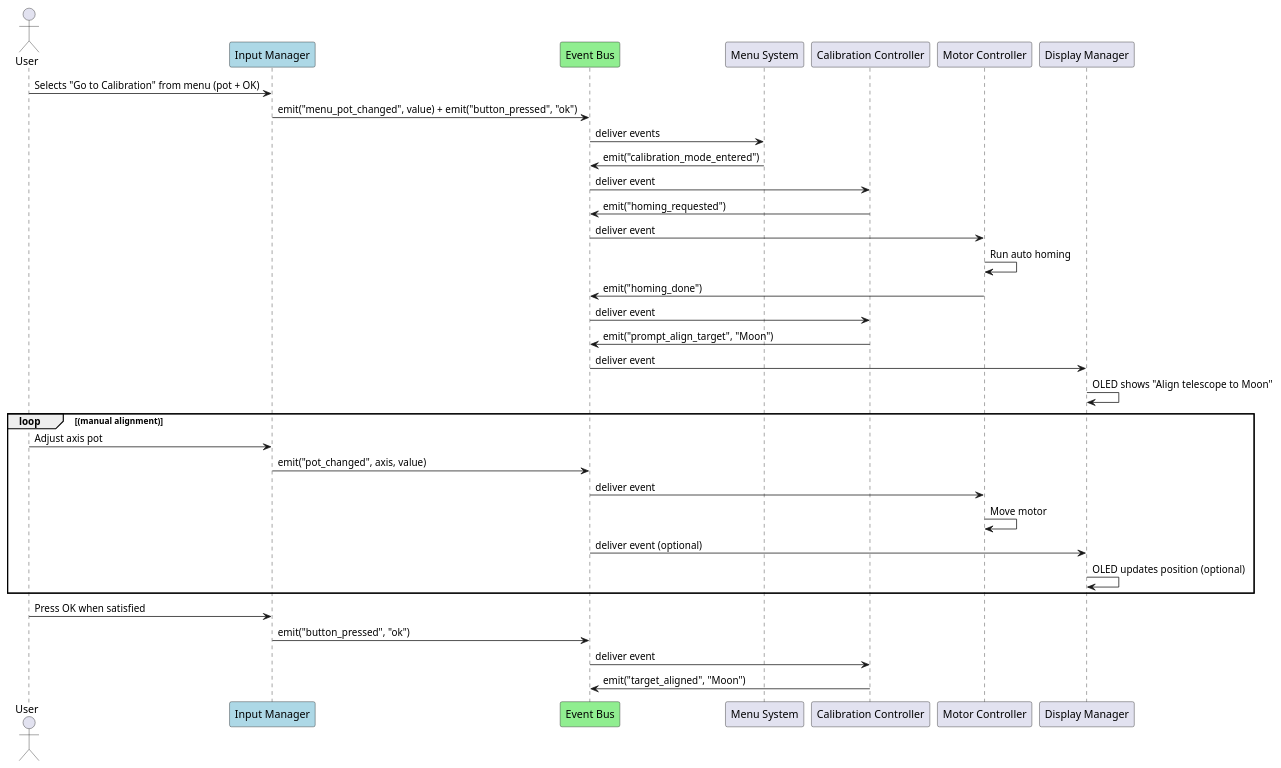
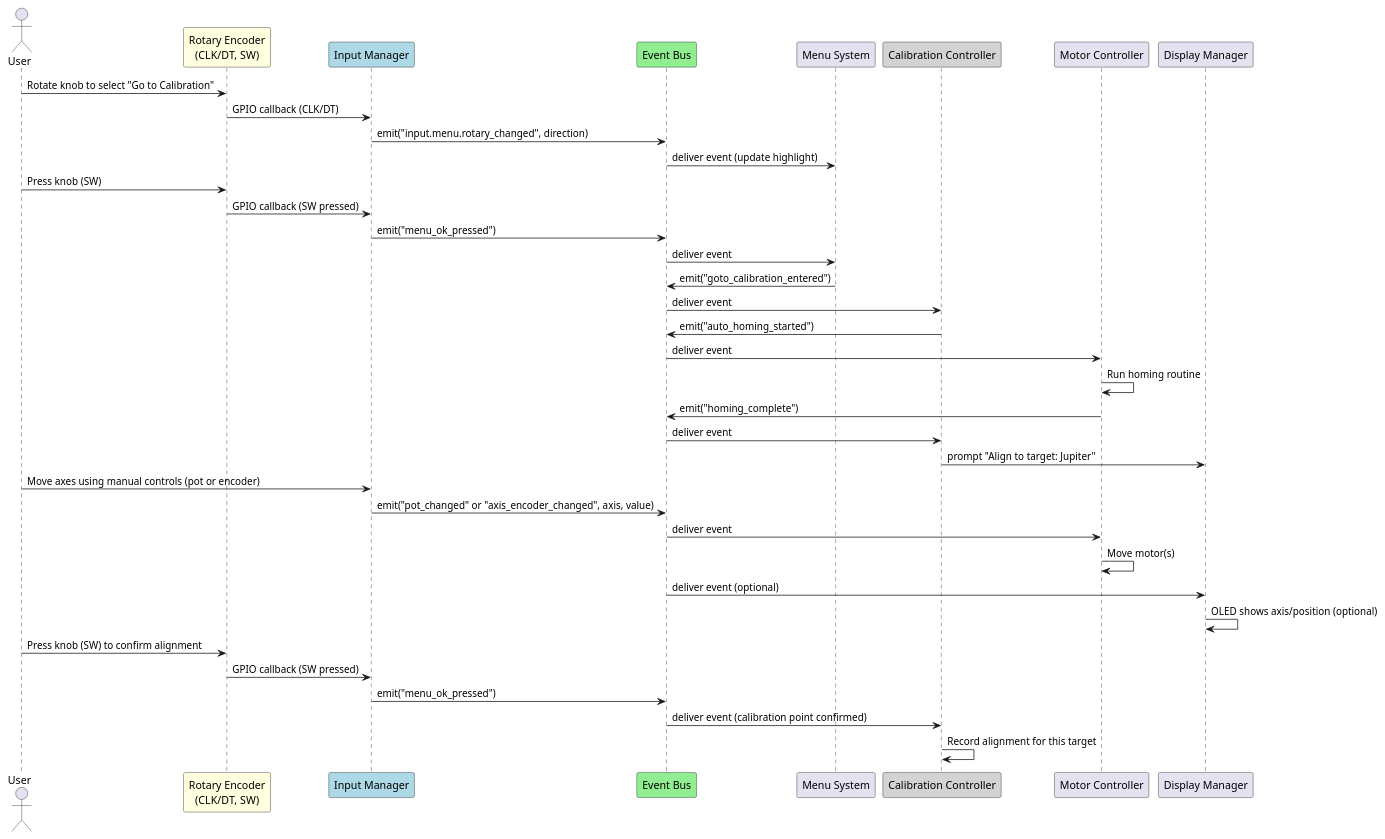
One commit to apku04/optiscopePrime changed the diagram in doc/manualAlignmentDuringCalibration.puml. Above: the diagram before and after it, drawn with PlantUML. The commit also changed 11 other files, not shown here.

```diff
--- a/doc/manualAlignmentDuringCalibration.puml
+++ b/doc/manualAlignmentDuringCalibration.puml
@@ -1,41 +1,46 @@
 @startuml
 actor User
+participant "Rotary Encoder\n(CLK/DT, SW)" as Encoder #LightYellow
 participant "Input Manager" as IM #LightBlue
 participant "Event Bus" as EB #LightGreen
 participant "Menu System" as Menu
-participant "Calibration Controller" as Cal
+participant "Calibration Controller" as Cal #LightGray
 participant "Motor Controller" as MC
 participant "Display Manager" as DM
 
-User -> IM: Selects "Go to Calibration" from menu (pot + OK)
-IM -> EB: emit("menu_pot_changed", value) + emit("button_pressed", "ok")
-EB -> Menu: deliver events
-Menu -> EB: emit("calibration_mode_entered")
+User -> Encoder: Rotate knob to select "Go to Calibration"
+Encoder -> IM: GPIO callback (CLK/DT)
+IM -> EB: emit("input.menu.rotary_changed", direction)
+EB -> Menu: deliver event (update highlight)
+
+User -> Encoder: Press knob (SW)
+Encoder -> IM: GPIO callback (SW pressed)
+IM -> EB: emit("menu_ok_pressed")
+EB -> Menu: deliver event
+Menu -> EB: emit("goto_calibration_entered")
 EB -> Cal: deliver event
 
-Cal -> EB: emit("homing_requested")
+Cal -> EB: emit("auto_homing_started")
 EB -> MC: deliver event
-MC -> MC: Run auto homing
-MC -> EB: emit("homing_done")
+MC -> MC: Run homing routine
+MC -> EB: emit("homing_complete")
 EB -> Cal: deliver event
+Cal -> DM: prompt "Align to target: Jupiter"
 
-Cal -> EB: emit("prompt_align_target", "Moon")
-EB -> DM: deliver event
-DM -> DM: OLED shows "Align telescope to Moon"
+' (Axis movement phase: using potentiometers or axis encoders)
+User -> IM: Move axes using manual controls (pot or encoder)
+IM -> EB: emit("pot_changed" or "axis_encoder_changed", axis, value)
+EB -> MC: deliver event
+MC -> MC: Move motor(s)
+EB -> DM: deliver event (optional)
+DM -> DM: OLED shows axis/position (optional)
 
-loop (manual alignment)
-    User -> IM: Adjust axis pot
-    IM -> EB: emit("pot_changed", axis, value)
-    EB -> MC: deliver event
-    MC -> MC: Move motor
-    EB -> DM: deliver event (optional)
-    DM -> DM: OLED updates position (optional)
-end
+User -> Encoder: Press knob (SW) to confirm alignment
+Encoder -> IM: GPIO callback (SW pressed)
+IM -> EB: emit("menu_ok_pressed")
+EB -> Cal: deliver event (calibration point confirmed)
+Cal -> Cal: Record alignment for this target
 
-User -> IM: Press OK when satisfied
-IM -> EB: emit("button_pressed", "ok")
-EB -> Cal: deliver event
-Cal -> EB: emit("target_aligned", "Moon")
-' (Repeat prompt_align_target for next target, etc.)
+' Repeat for next calibration target(s), or finish
 
 @enduml
```
